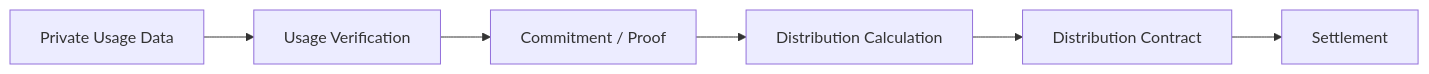
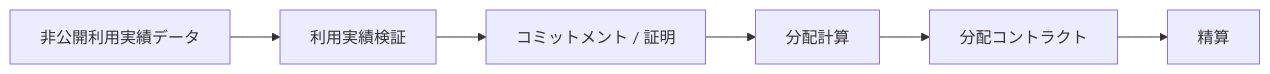
The fourth of 5 diagrams in docs/adr/ADR-0004-creator-distribution-model.md (ShigeichiroYamasaki/creator-first-platform), drawn with Mermaid before and after one commit. The commit also changed other lines of this file and 72 other files, not shown here.

````diff
--- a/docs/adr/ADR-0004-creator-distribution-model.md
+++ b/docs/adr/ADR-0004-creator-distribution-model.md
@@ -451,11 +451,11 @@
 ```mermaid
 flowchart LR
-    USAGE[Private Usage Data]
-    VERIFY[Usage Verification]
-    COMMIT[Commitment / Proof]
-    CALC[Distribution Calculation]
-    CONTRACT[Distribution Contract]
-    PAY[Settlement]
+    USAGE[非公開利用実績データ]
+    VERIFY[利用実績検証]
+    COMMIT[コミットメント / 証明]
+    CALC[分配計算]
+    CONTRACT[分配コントラクト]
+    PAY[精算]
 
     USAGE --> VERIFY --> COMMIT --> CALC --> CONTRACT --> PAY
 ```
````
